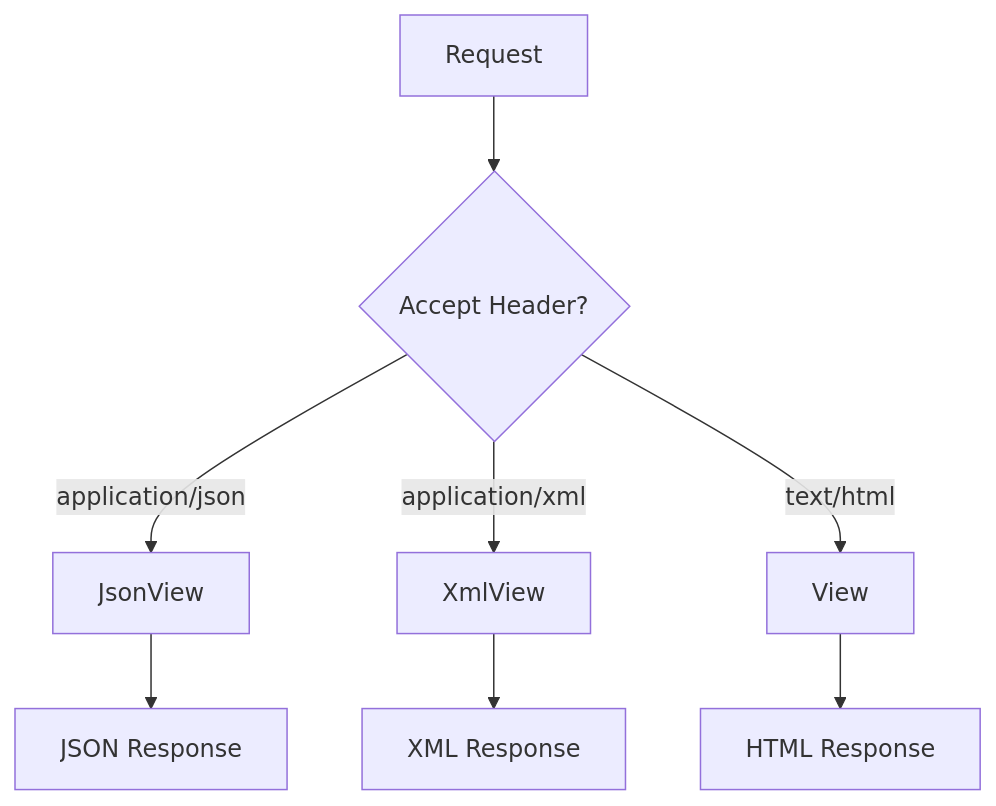
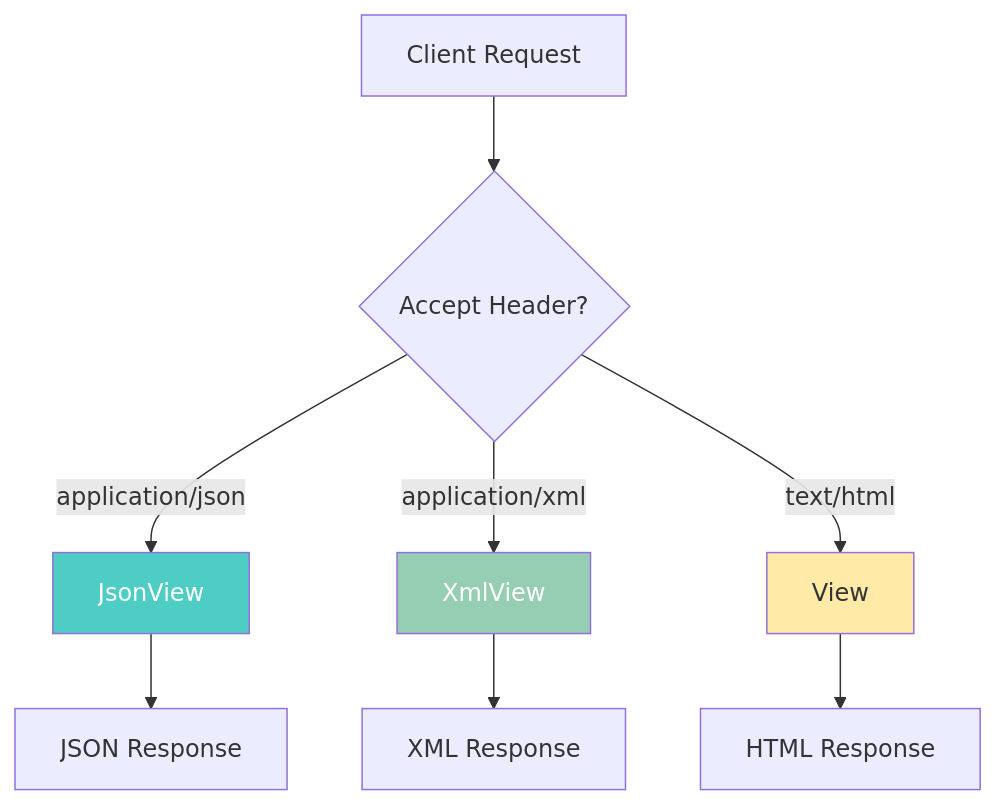
Before and after one commit to abhayraj-ops/Cake-Learn: the eighth of 36 diagrams in docs/06-controllers.md, drawn with Mermaid. The commit also changed other lines of this file, not shown here.

Commit message:
Enhance Controllers page with comprehensive diagrams and detailed code explanations

````diff
--- a/docs/06-controllers.md
+++ b/docs/06-controllers.md
@@ -282,11 +416,15 @@
 ```mermaid
 flowchart TD
-    A[Request] --> B{Accept Header?}
+    A[Client Request] --> B{Accept Header?}
     B -->|application/json| C[JsonView]
     B -->|application/xml| D[XmlView]
     B -->|text/html| E[View]
 
     C --> F[JSON Response]
     D --> G[XML Response]
     E --> H[HTML Response]
+
+    style C fill:#4ecdc4,color:#fff
+    style D fill:#96ceb4,color:#fff
+    style E fill:#ffeaa7,color:#333
 ```
````
